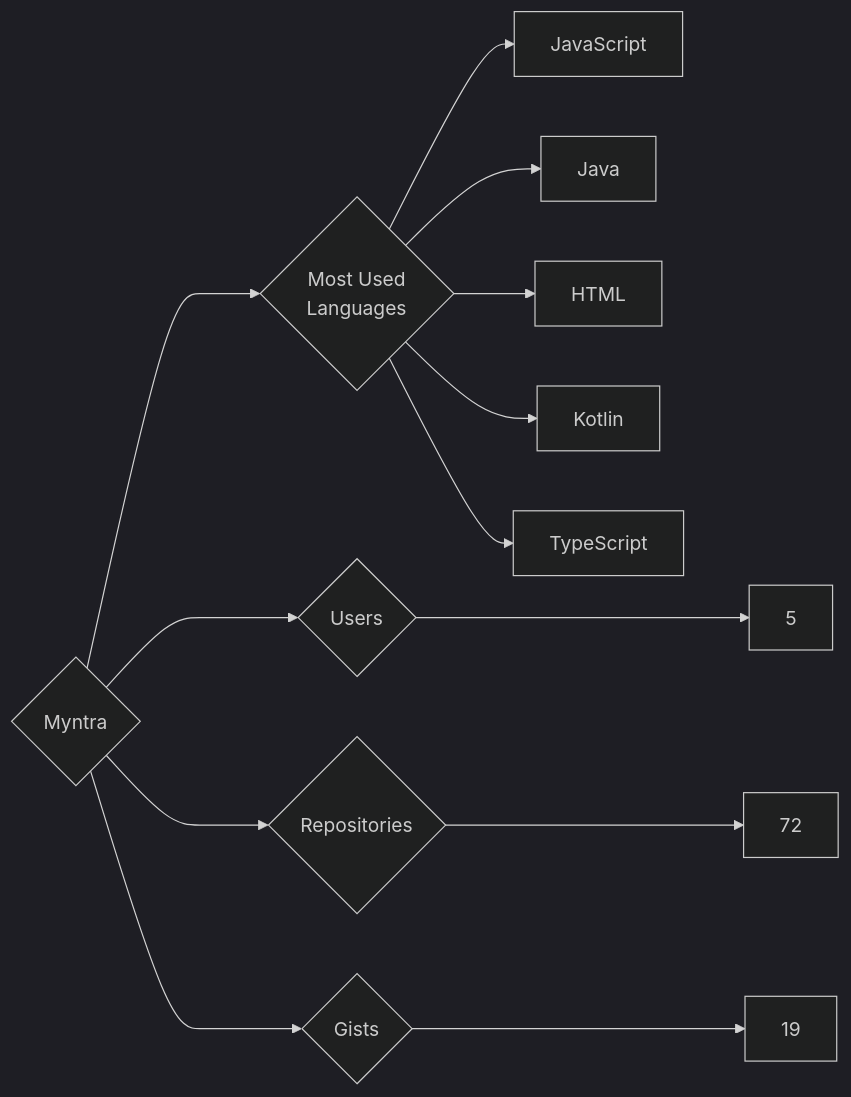
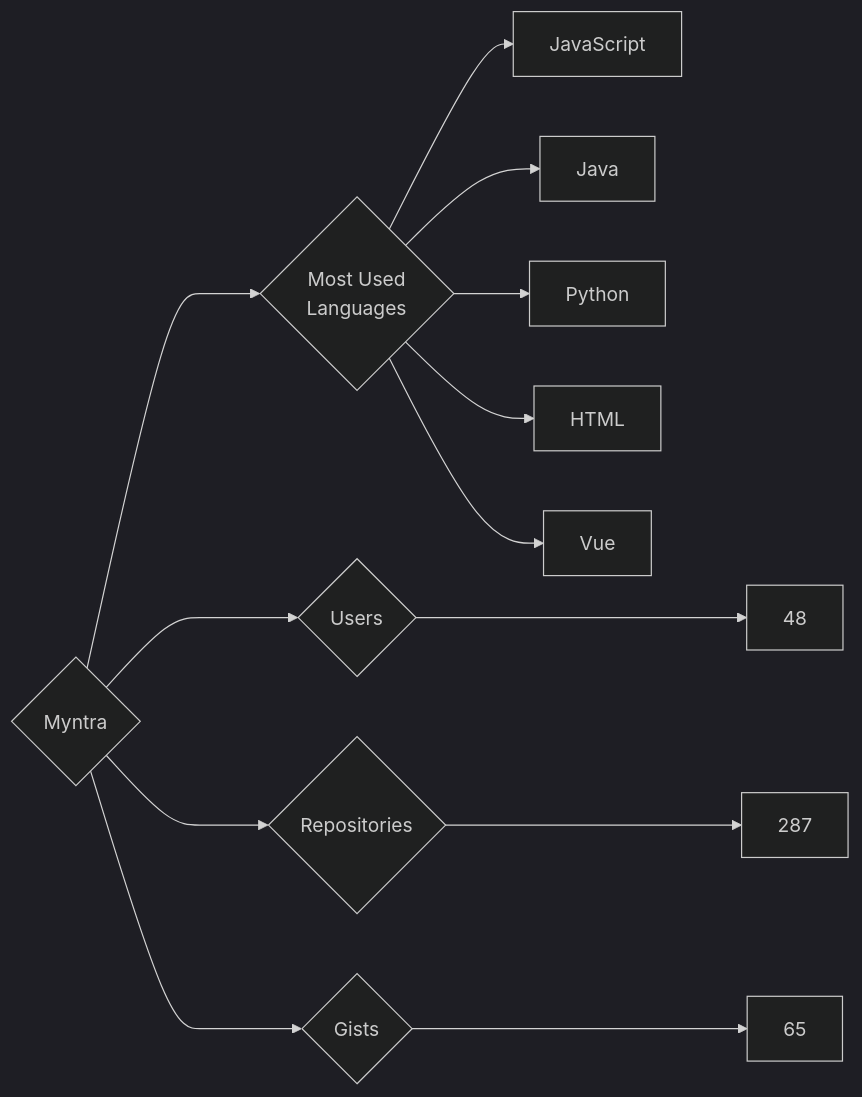
Before and after one commit to trickest/insiders: the diagram in targets/Myntra/README.md, drawn with Mermaid (dark theme). The commit also changed 860 other files, not shown here.

````diff
--- a/targets/Myntra/README.md
+++ b/targets/Myntra/README.md
@@ -3,13 +3,13 @@
 ```mermaid
 graph LR
 COMPANY_NAME{Myntra}
-COMPANY_NAME ---> U{Users} ---> UN[5]
-COMPANY_NAME ---> R{Repositories} ---> RN[72]
-COMPANY_NAME ---> G{Gists} ---> GN[19]
+COMPANY_NAME ---> U{Users} ---> UN[48]
+COMPANY_NAME ---> R{Repositories} ---> RN[287]
+COMPANY_NAME ---> G{Gists} ---> GN[65]
 COMPANY_NAME ---> ML{Most Used<br>Languages}
 ML --> JavaScript[JavaScript]
 ML --> Java[Java]
+ML --> Python[Python]
 ML --> HTML[HTML]
-ML --> Kotlin[Kotlin]
-ML --> TypeScript[TypeScript]
+ML --> Vue[Vue]
 ```
````
